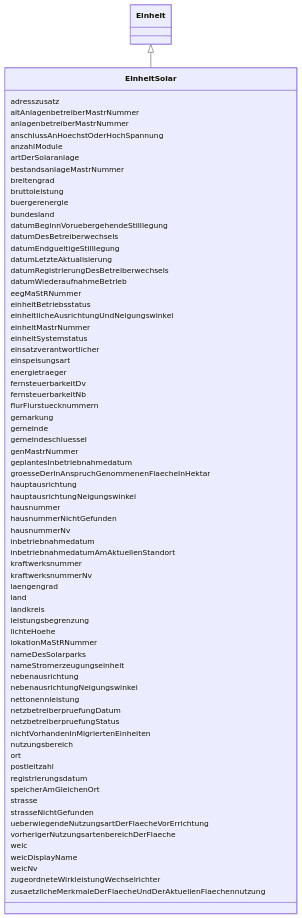
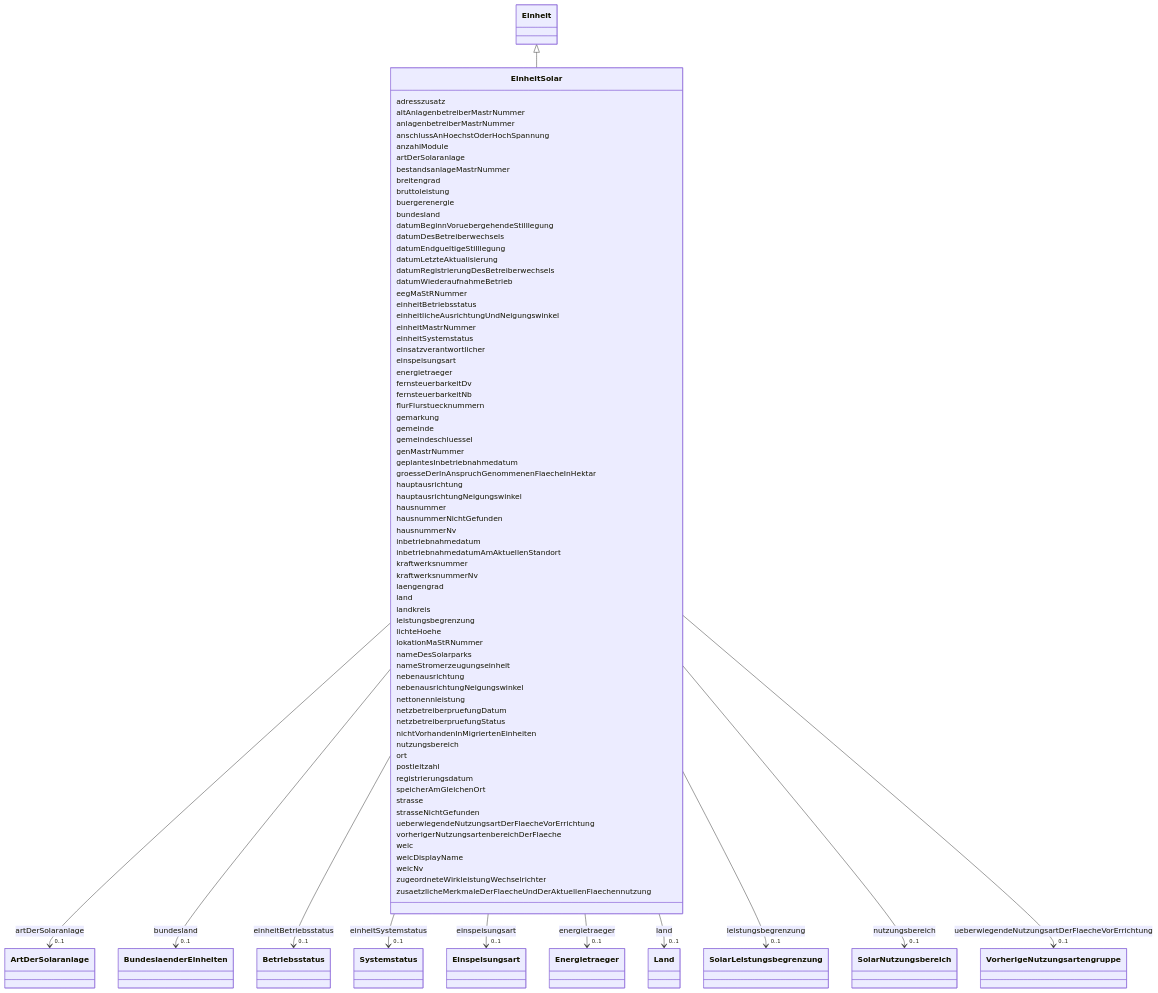
The diagram in docs/schema/classes/EinheitSolar.md (FlorianK13/mastr-model), drawn with Mermaid before and after one commit. The commit also changed other lines of this file and 86 other files, not shown here.

```diff
--- a/docs/schema/classes/EinheitSolar.md
+++ b/docs/schema/classes/EinheitSolar.md
@@ -34,6 +34,15 @@
         
       EinheitSolar : artDerSolaranlage
         
+          
+    
+        
+        
+        EinheitSolar --> "0..1" ArtDerSolaranlage : artDerSolaranlage
+        click ArtDerSolaranlage href "../../enums/ArtDerSolaranlage/"
+    
+
+        
       EinheitSolar : bestandsanlageMastrNummer
         
       EinheitSolar : breitengrad
@@ -43,6 +52,15 @@
       EinheitSolar : buergerenergie
         
       EinheitSolar : bundesland
+        
+          
+    
+        
+        
+        EinheitSolar --> "0..1" BundeslaenderEinheiten : bundesland
+        click BundeslaenderEinheiten href "../../enums/BundeslaenderEinheiten/"
+    
+
         
       EinheitSolar : datumBeginnVoruebergehendeStilllegung
         
@@ -60,17 +78,53 @@
         
       EinheitSolar : einheitBetriebsstatus
         
+          
+    
+        
+        
+        EinheitSolar --> "0..1" Betriebsstatus : einheitBetriebsstatus
+        click Betriebsstatus href "../../enums/Betriebsstatus/"
+    
+
+        
       EinheitSolar : einheitlicheAusrichtungUndNeigungswinkel
         
       EinheitSolar : einheitMastrNummer
         
       EinheitSolar : einheitSystemstatus
         
+          
+    
+        
+        
+        EinheitSolar --> "0..1" Systemstatus : einheitSystemstatus
+        click Systemstatus href "../../enums/Systemstatus/"
+    
+
+        
       EinheitSolar : einsatzverantwortlicher
         
       EinheitSolar : einspeisungsart
         
+          
+    
+        
+        
+        EinheitSolar --> "0..1" Einspeisungsart : einspeisungsart
+        click Einspeisungsart href "../../enums/Einspeisungsart/"
+    
+
+        
       EinheitSolar : energietraeger
+        
+          
+    
+        
+        
+        EinheitSolar --> "0..1" Energietraeger : energietraeger
+        click Energietraeger href "../../enums/Energietraeger/"
+    
+
         
       EinheitSolar : fernsteuerbarkeitDv
         
@@ -112,9 +166,27 @@
         
       EinheitSolar : land
         
+          
+    
+        
+        
+        EinheitSolar --> "0..1" Land : land
+        click Land href "../../enums/Land/"
+    
+
+        
       EinheitSolar : landkreis
         
       EinheitSolar : leistungsbegrenzung
+        
+          
+    
+        
+        
+        EinheitSolar --> "0..1" SolarLeistungsbegrenzung : leistungsbegrenzung
+        click SolarLeistungsbegrenzung href "../../enums/SolarLeistungsbegrenzung/"
+    
+
         
       EinheitSolar : lichteHoehe
         
@@ -138,6 +210,15 @@
         
       EinheitSolar : nutzungsbereich
         
+          
+    
+        
+        
+        EinheitSolar --> "0..1" SolarNutzungsbereich : nutzungsbereich
+        click SolarNutzungsbereich href "../../enums/SolarNutzungsbereich/"
+    
+
+        
       EinheitSolar : ort
         
       EinheitSolar : postleitzahl
@@ -151,6 +232,15 @@
       EinheitSolar : strasseNichtGefunden
         
       EinheitSolar : ueberwiegendeNutzungsartDerFlaecheVorErrichtung
+        
+          
+    
+        
+        
+        EinheitSolar --> "0..1" VorherigeNutzungsartengruppe : ueberwiegendeNutzungsartDerFlaecheVorErrichtung
+        click VorherigeNutzungsartengruppe href "../../enums/VorherigeNutzungsartengruppe/"
+    
+
         
       EinheitSolar : vorherigerNutzungsartenbereichDerFlaeche
         
```
